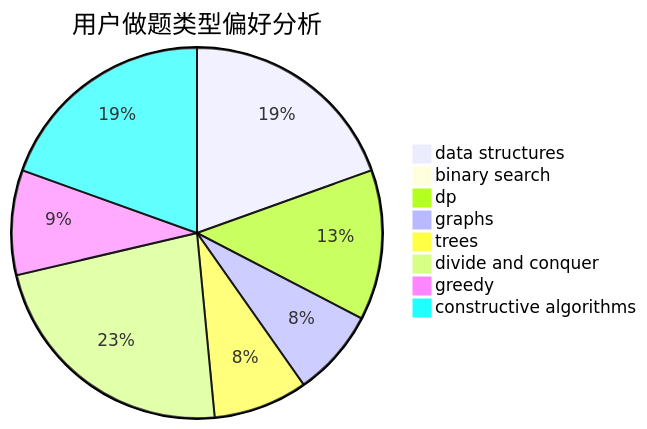
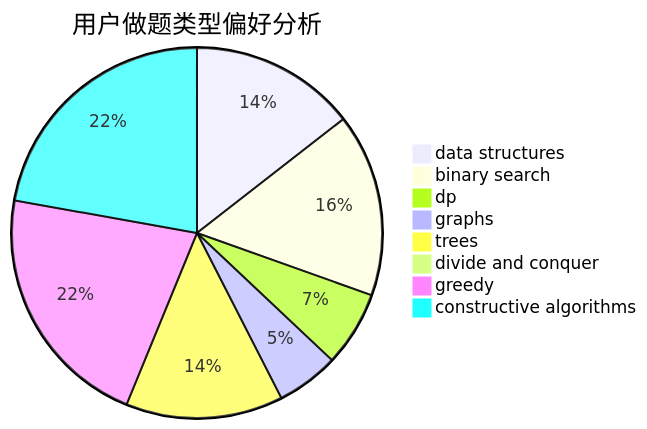
Before and after one commit to sherpahu/cfrs.github.io: the second of 3 diagrams in docs/user/u2544.md, drawn with Mermaid. The commit also changed other lines of this file and 2770 other files, not shown here.

````diff
--- a/docs/user/u2544.md
+++ b/docs/user/u2544.md
@@ -23,11 +23,11 @@
 ```mermaid
 pie title 用户做题类型偏好分析
-    "data structures" :  64
-    "binary search" :  3
-    "dp" :  43
-    "graphs" :  25
-    "trees" :  27
-    "divide and conquer" :  75
-    "greedy" :  30
-    "constructive algorithms" :  64
+    "data structures" :  77
+    "binary search" :  85
+    "dp" :  35
+    "graphs" :  29
+    "trees" :  73
+    "divide and conquer" :  1
+    "greedy" :  115
+    "constructive algorithms" :  118
 ```
````
